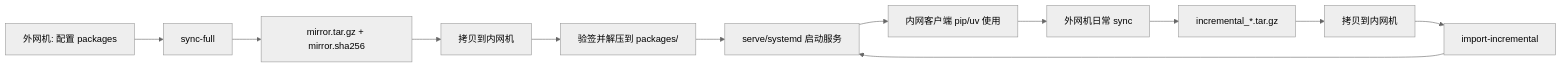
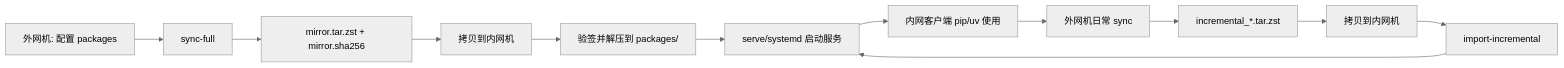
The diagram in README.md (aggjjfd/pip-mirror), drawn with Mermaid (neutral theme) before and after one commit. The commit also changed other lines of this file and 8 other files, not shown here.

First line of the commit message:
feat: 镜像包压缩格式从 tar.gz 切换为 tar.zst

````diff
--- a/README.md
+++ b/README.md
@@ -8,14 +8,14 @@
 ```mermaid
 flowchart LR
     A[外网机: 配置 packages] --> B[sync-full]
-    B --> C[mirror.tar.gz + mirror.sha256]
+    B --> C[mirror.tar.zst + mirror.sha256]
     C --> D[拷贝到内网机]
     D --> E[验签并解压到 packages/]
     E --> F[serve/systemd 启动服务]
     F --> G[内网客户端 pip/uv 使用]
     G --> H[外网机日常 sync]
-    H --> I[incremental_*.tar.gz]
+    H --> I[incremental_*.tar.zst]
     I --> J[拷贝到内网机]
     J --> K[import-incremental]
     K --> F
 ```
````
